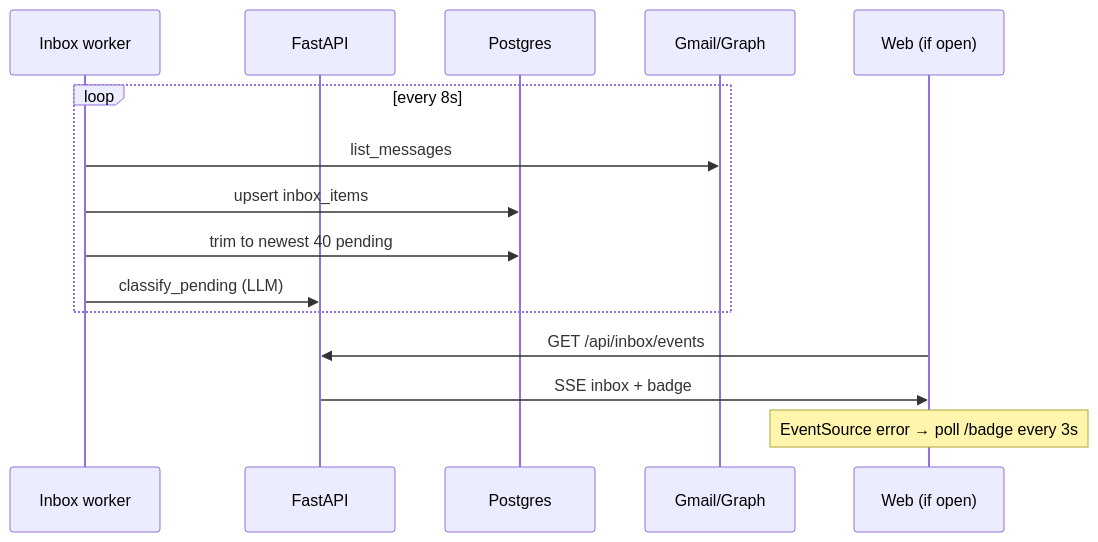
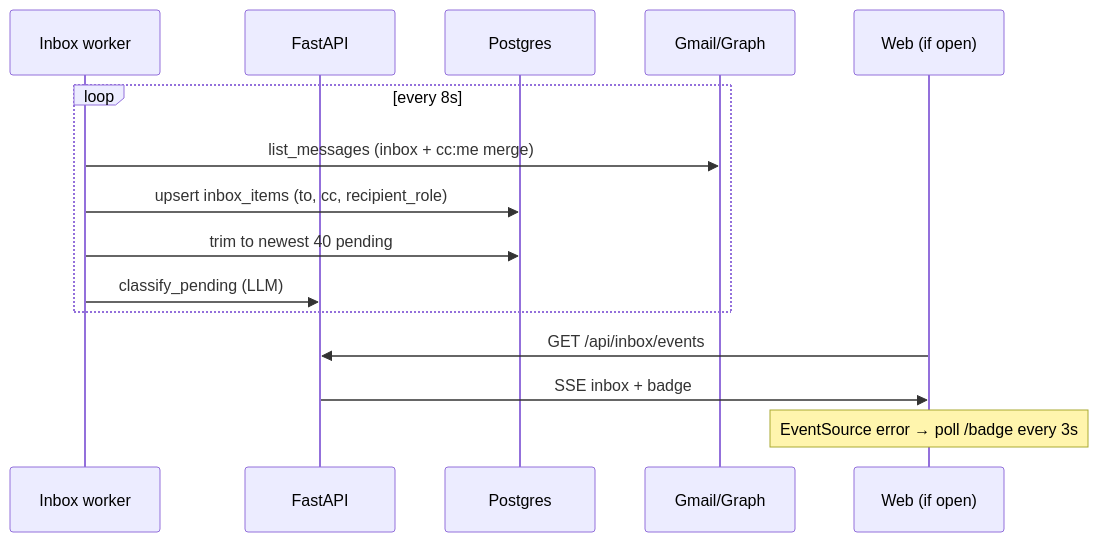
One commit to specialshweta26/Checkme changed the fifth of 6 diagrams in docs/HLD.md. Above: the diagram before and after it, drawn with Mermaid. The commit also changed other lines of this file and 3 other files, not shown here.

Commit message:
Document CC/BCC ingest, briefing, and send in README, HLD, LLD, and diagrams.

````diff
--- a/docs/HLD.md
+++ b/docs/HLD.md
@@ -161,17 +162,17 @@
 ```mermaid
 sequenceDiagram
   participant W as Inbox worker
   participant API as FastAPI
   participant DB as Postgres
   participant G as Gmail/Graph
   participant UI as Web (if open)
   loop every 8s
-    W->>G: list_messages
-    W->>DB: upsert inbox_items
+    W->>G: list_messages (inbox + cc:me merge)
+    W->>DB: upsert inbox_items (to, cc, recipient_role)
     W->>DB: trim to newest 40 pending
     W->>API: classify_pending (LLM)
   end
   UI->>API: GET /api/inbox/events
   API->>UI: SSE inbox + badge
   Note over UI: EventSource error → poll /badge every 3s
 ```
````
